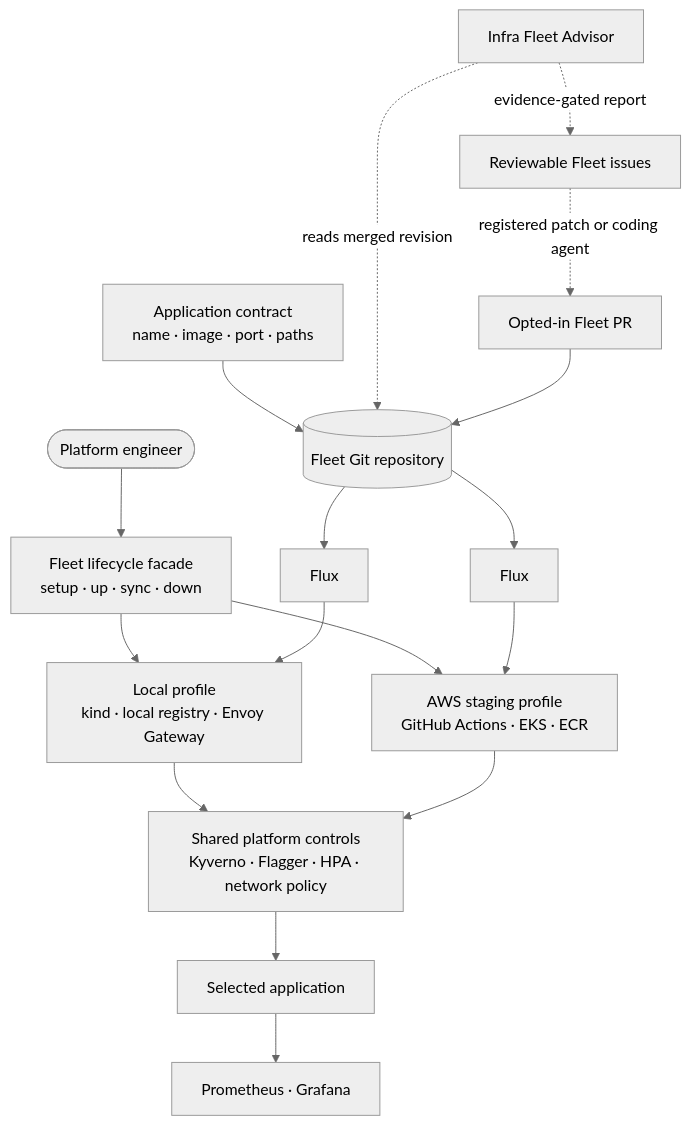
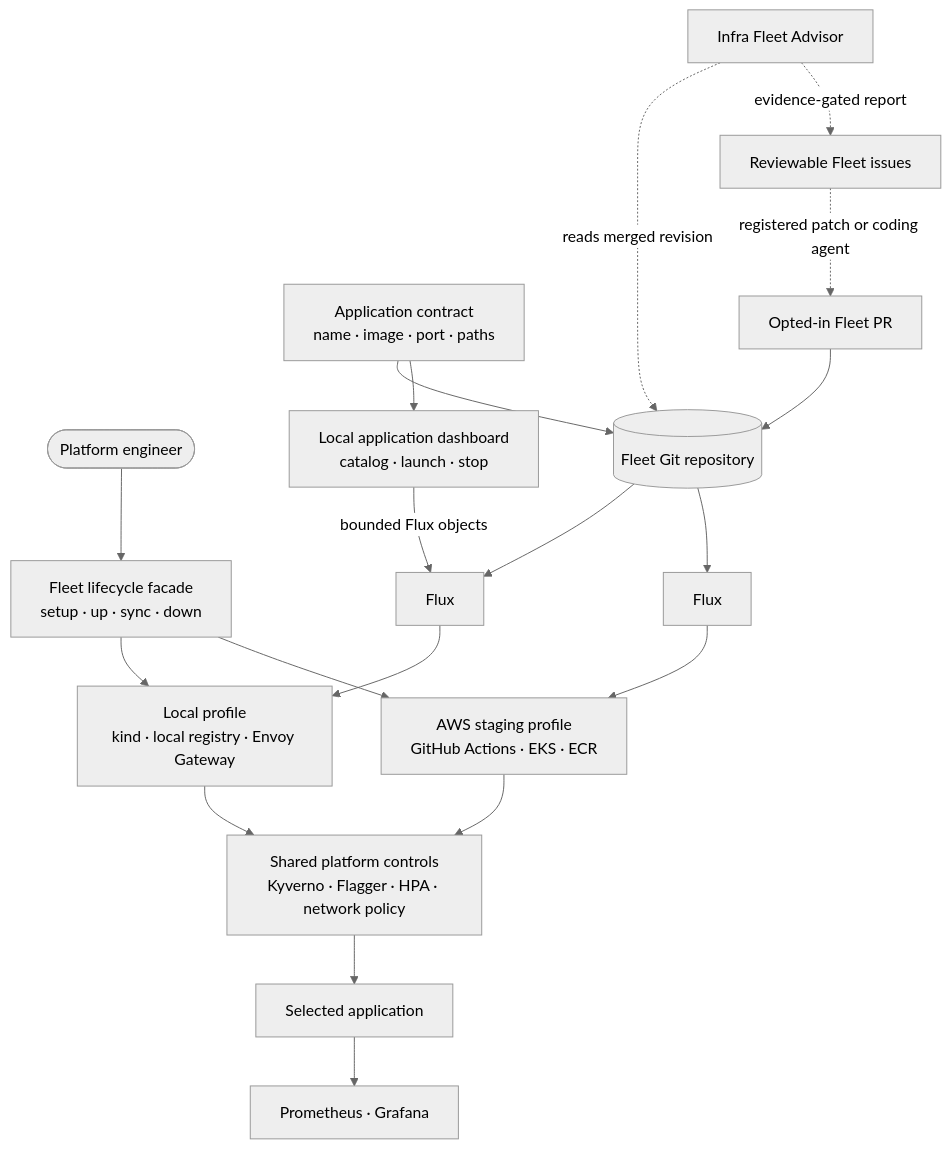
Before and after one commit to ImranAdan/infra-fleet-public: the diagram in README.md, drawn with Mermaid (neutral theme). The commit also changed other lines of this file and 28 other files, not shown here.

````diff
--- a/README.md
+++ b/README.md
@@ -127,22 +130,24 @@
 ```mermaid
 flowchart TB
     Operator([Platform engineer]) --> CLI["Fleet lifecycle facade<br/>setup · up · sync · down"]
     CLI --> Local["Local profile<br/>kind · local registry · Envoy Gateway"]
     CLI --> AWS["AWS staging profile<br/>GitHub Actions · EKS · ECR"]
 
     Repo[(Fleet Git repository)] --> FluxLocal[Flux]
     Repo --> FluxAWS[Flux]
     FluxLocal --> Local
     FluxAWS --> AWS
 
     Contract["Application contract<br/>name · image · port · paths"] --> Repo
+    Contract --> Control["Local application dashboard<br/>catalog · launch · stop"]
+    Control -->|bounded Flux objects| FluxLocal
     Local --> Platform["Shared platform controls<br/>Kyverno · Flagger · HPA · network policy"]
     AWS --> Platform
     Platform --> App[Selected application]
     App --> Signals["Prometheus · Grafana"]
 
     Advisor[Infra Fleet Advisor] -. reads merged revision .-> Repo
     Advisor -. evidence-gated report .-> Work[Reviewable Fleet issues]
     Work -. registered patch or coding agent .-> Fix[Opted-in Fleet PR]
     Fix --> Repo
 ```
````
